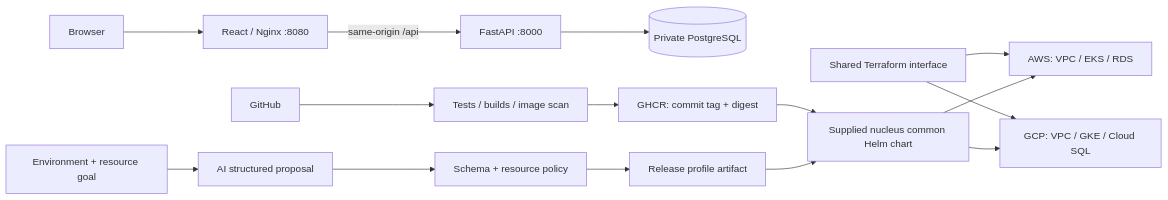
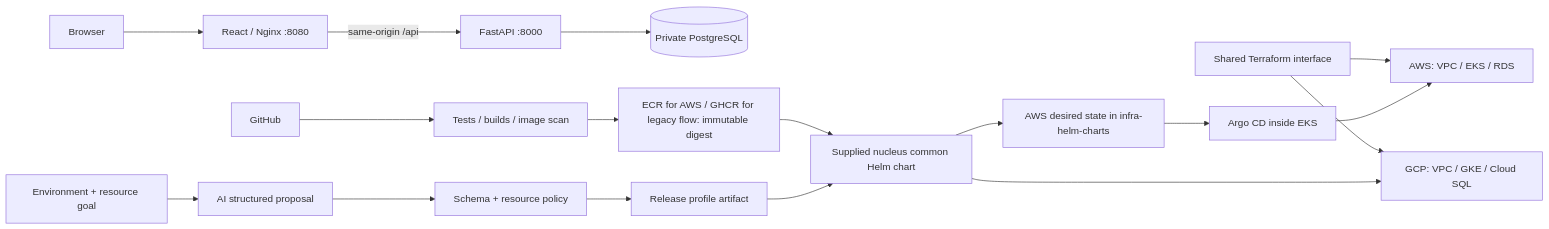
The diagram in README.md (surendarrajasekaran/om-idea-board), drawn with Mermaid before and after one commit. The commit also changed other lines of this file and 97 other files, not shown here.

Commit message:
Harden reusable cloud modules and add ECR Argo CD delivery

````diff
--- a/README.md
+++ b/README.md
@@ -11,17 +13,19 @@
 ```mermaid
 flowchart LR
   Browser --> Web[React / Nginx :8080]
   Web -->|same-origin /api| API[FastAPI :8000]
   API --> DB[(Private PostgreSQL)]
   Git[GitHub] --> CI[Tests / builds / image scan]
-  CI --> Registry[GHCR: commit tag + digest]
+  CI --> Registry[ECR for AWS / GHCR for legacy flow: immutable digest]
   Goal[Environment + resource goal] --> AI[AI structured proposal]
   AI --> Policy[Schema + resource policy]
   Policy --> Profile[Release profile artifact]
   Registry --> Chart[Supplied nucleus common Helm chart]
   Profile --> Chart
   TF[Shared Terraform interface] --> AWS[AWS: VPC / EKS / RDS]
   TF --> GCP[GCP: VPC / GKE / Cloud SQL]
-  Chart --> AWS
+  Chart --> GitOps[AWS desired state in infra-helm-charts]
+  GitOps --> Argo[Argo CD inside EKS]
+  Argo --> AWS
   Chart --> GCP
 ```
````
